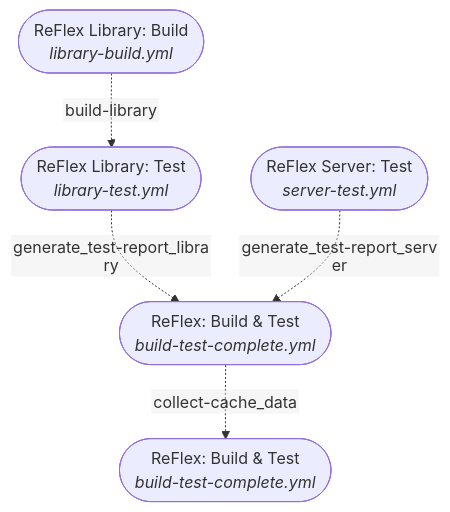
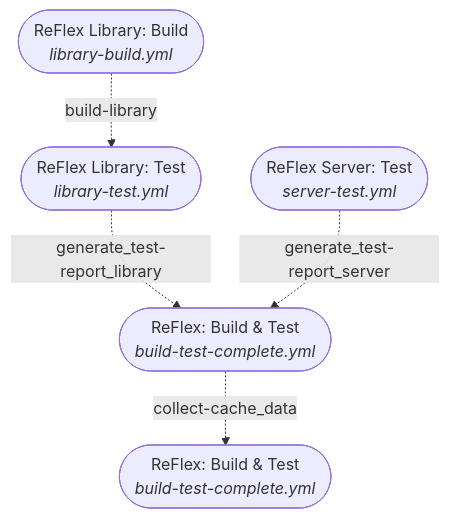
Before and after one commit to visualengineers/reflex: the diagram in readme.md, drawn with Mermaid.

````diff
--- a/readme.md
+++ b/readme.md
@@ -161,28 +161,26 @@
 ```mermaid
-%%{init: {"flowchart": {"htmlLabels": false}} }%%
-
 flowchart TD
     A(["`ReFlex Library: Build
         *library-build.yml*`"]) 
         -. build-library .-> 
     B(["`ReFlex Library: Test
         *library-test.yml*`"])
 
     B(["`ReFlex Library: Test
         *library-test.yml*`"])
         -. generate_test-report_library .->
     D(["`ReFlex: Build & Test
         *build-test-complete.yml*`"])
 
     C(["`ReFlex Server: Test
         *server-test.yml*`"])
         -. generate_test-report_server .->
     D(["`ReFlex: Build & Test
         *build-test-complete.yml*`"])
 
     D(["`ReFlex: Build & Test
         *build-test-complete.yml*`"])
         -. collect-cache_data .->
     E(["`ReFlex: Build & Test
         *build-test-complete.yml*`"])
 ```
````
